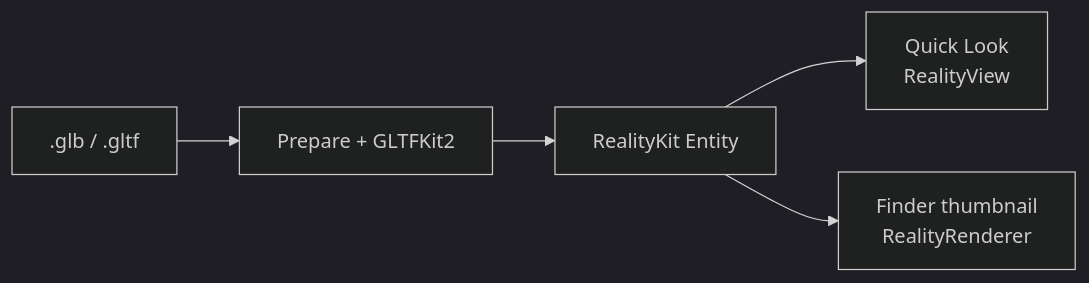
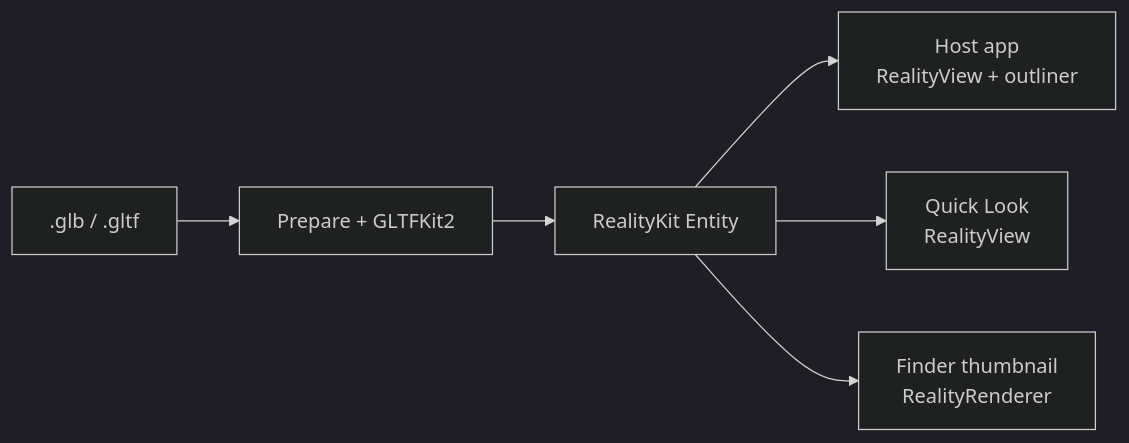
The diagram in README.md (Hemmingsson/macos-gltf-inspector), drawn with Mermaid (dark theme) before and after one commit. The commit also changed 35 other files, not shown here.

First line of the commit message:
Collapse the host viewer to an outliner plus persisted look.

````diff
--- a/README.md
+++ b/README.md
@@ -57,7 +57,8 @@
 ```mermaid
 flowchart LR
   file[".glb / .gltf"] --> prep["Prepare + GLTFKit2"]
   prep --> rk["RealityKit Entity"]
+  rk --> host["Host app\nRealityView + outliner"]
   rk --> ql["Quick Look\nRealityView"]
   rk --> thumb["Finder thumbnail\nRealityRenderer"]
 ```
````
